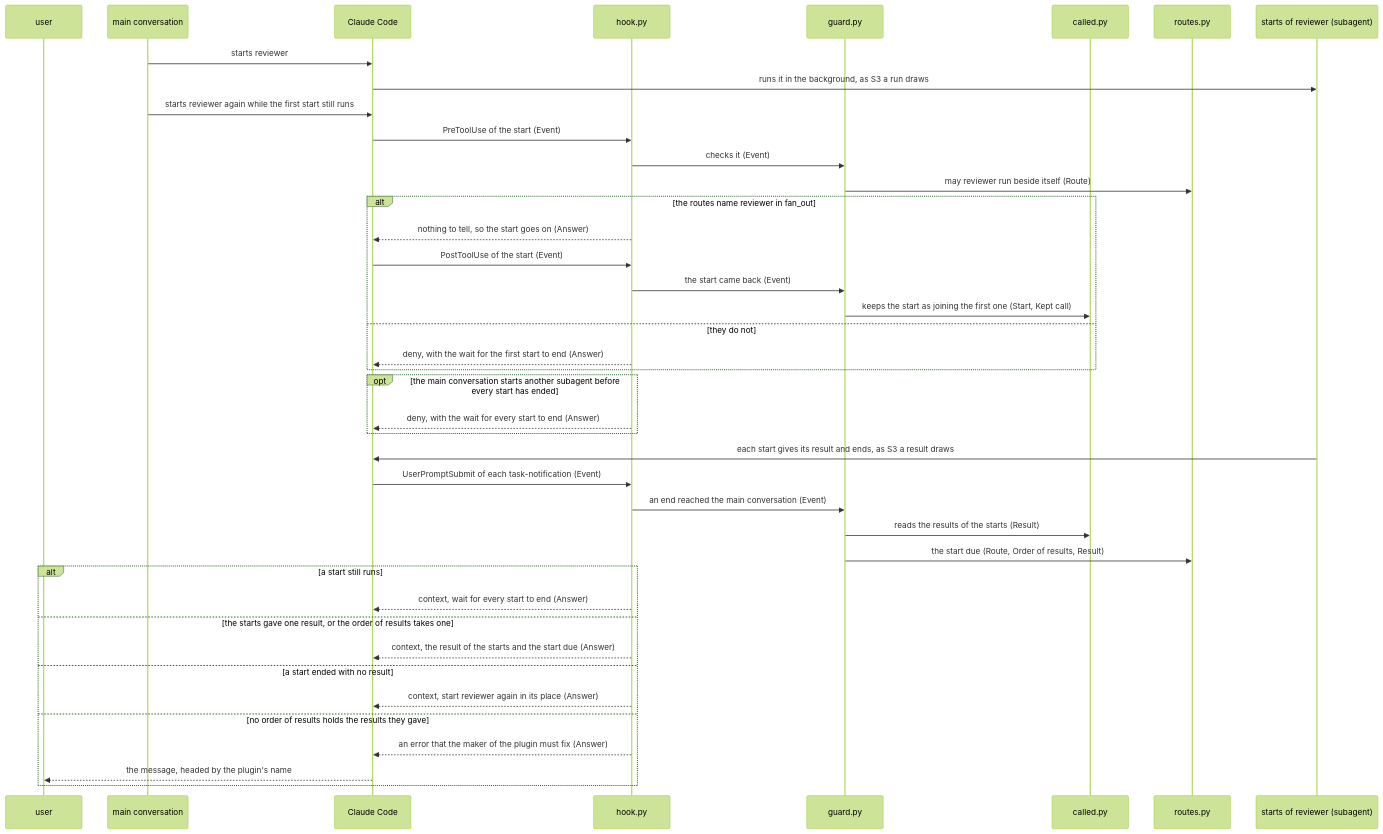
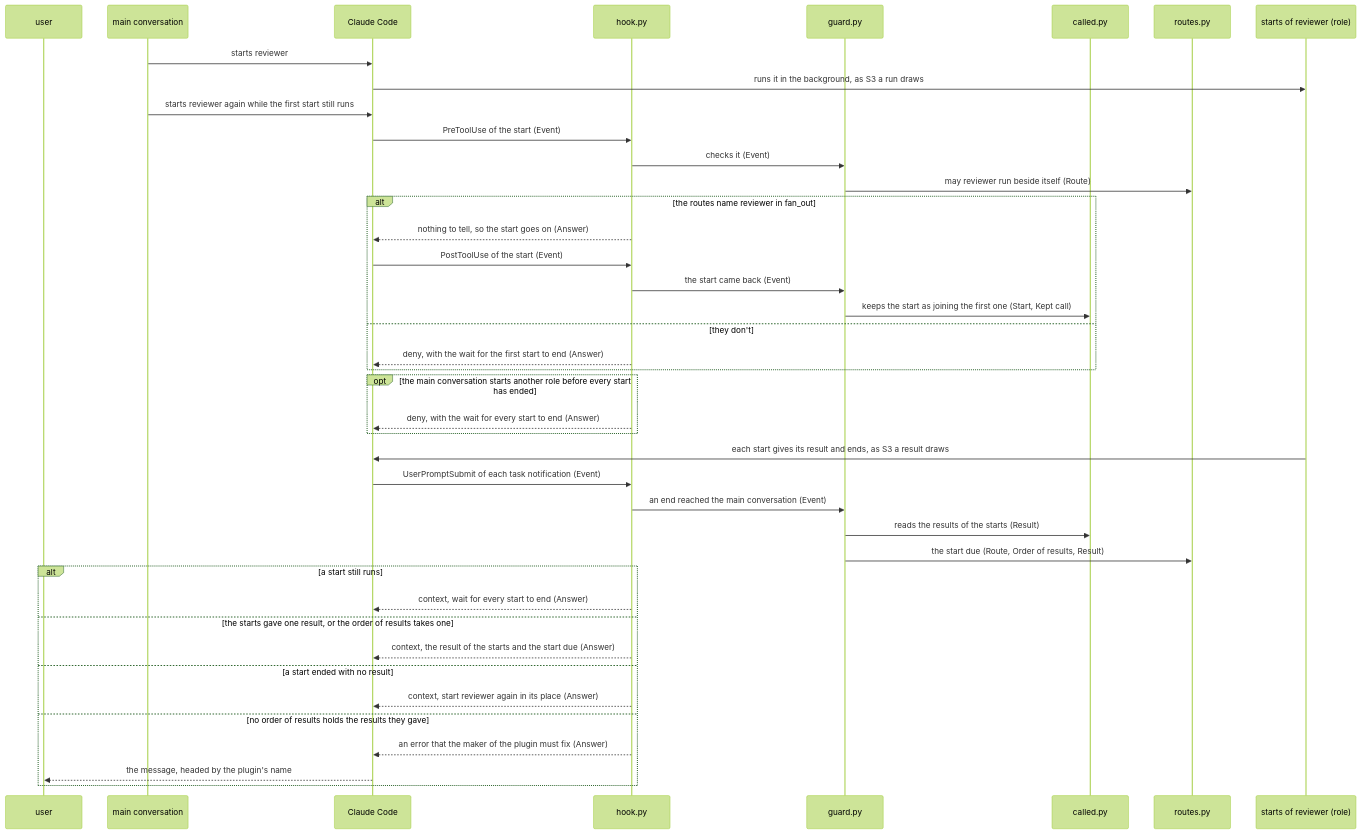
Before and after one commit to lovaizu/ccpm: the sixth of 7 diagrams in dev/lane/architecture.md, drawn with Mermaid (forest theme). The commit also changed other lines of this file and 7 other files, not shown here.

````diff
--- a/dev/lane/architecture.md
+++ b/dev/lane/architecture.md
@@ -628,43 +756,43 @@
 ```mermaid
 sequenceDiagram
   participant U as user
   participant M as main conversation
   participant CC as Claude Code
   participant H as hook.py
   participant G as guard.py
   participant C as called.py
   participant RT as routes.py
-  participant S as starts of reviewer (subagent)
+  participant S as starts of reviewer (role)
   M->>CC: starts reviewer
   CC->>S: runs it in the background, as S3 a run draws
   M->>CC: starts reviewer again while the first start still runs
   CC->>H: PreToolUse of the start (Event)
   H->>G: checks it (Event)
   G->>RT: may reviewer run beside itself (Route)
   alt the routes name reviewer in fan_out
     H-->>CC: nothing to tell, so the start goes on (Answer)
     CC->>H: PostToolUse of the start (Event)
     H->>G: the start came back (Event)
     G->>C: keeps the start as joining the first one (Start, Kept call)
-  else they do not
+  else they don't
     H-->>CC: deny, with the wait for the first start to end (Answer)
   end
-  opt the main conversation starts another subagent before every start has ended
+  opt the main conversation starts another role before every start has ended
     H-->>CC: deny, with the wait for every start to end (Answer)
   end
   S->>CC: each start gives its result and ends, as S3 a result draws
-  CC->>H: UserPromptSubmit of each task-notification (Event)
+  CC->>H: UserPromptSubmit of each task notification (Event)
   H->>G: an end reached the main conversation (Event)
   G->>C: reads the results of the starts (Result)
   G->>RT: the start due (Route, Order of results, Result)
   alt a start still runs
     H-->>CC: context, wait for every start to end (Answer)
   else the starts gave one result, or the order of results takes one
     H-->>CC: context, the result of the starts and the start due (Answer)
   else a start ended with no result
     H-->>CC: context, start reviewer again in its place (Answer)
   else no order of results holds the results they gave
     H-->>CC: an error that the maker of the plugin must fix (Answer)
     CC-->>U: the message, headed by the plugin's name
   end
 ```
````
